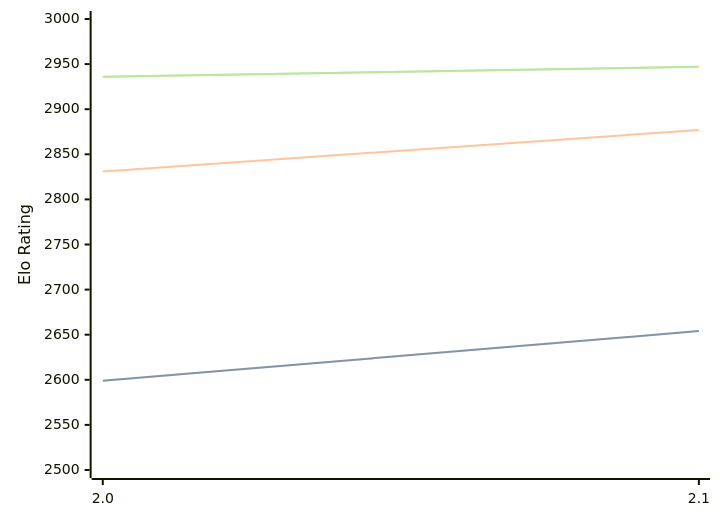
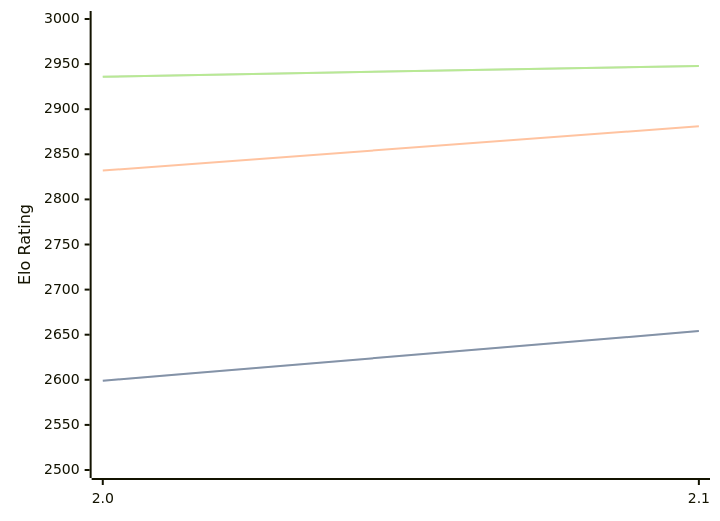
One commit to computer-chess-index/cci changed the diagram in engines/Noggin.md. Above: the diagram before and after it, drawn with Mermaid. The commit also changed other lines of this file, not shown here.

Commit message:
Update CCI Ratings (ELO VLTC) - 2026-09-10

````diff
--- a/engines/Noggin.md
+++ b/engines/Noggin.md
@@ -33,11 +33,11 @@
 ```mermaid
 %%{init: {"theme":"base","themeVariables":{"seriesColors:['#a3a3a3','#222221','#faa371']}}}%%
 xychart-beta
   x-axis ["2.0", "2.1"]
   y-axis "Elo Rating" 2500 --> 3000
   line "" [2599, 2654]
   line "STC (8.0+0.08s)" [2599, 2654]
-  line "LTC (60.0+0.60s)" [2831, 2877]
-  line "" [2936, 2947]
-  line "VLTC (2m24s+1.12s)" [2936, 2947]
+  line "LTC (60.0+0.60s)" [2832, 2881]
+  line "" [2936, 2948]
+  line "VLTC (2m24s+1.12s)" [2936, 2948]
 ```
````
